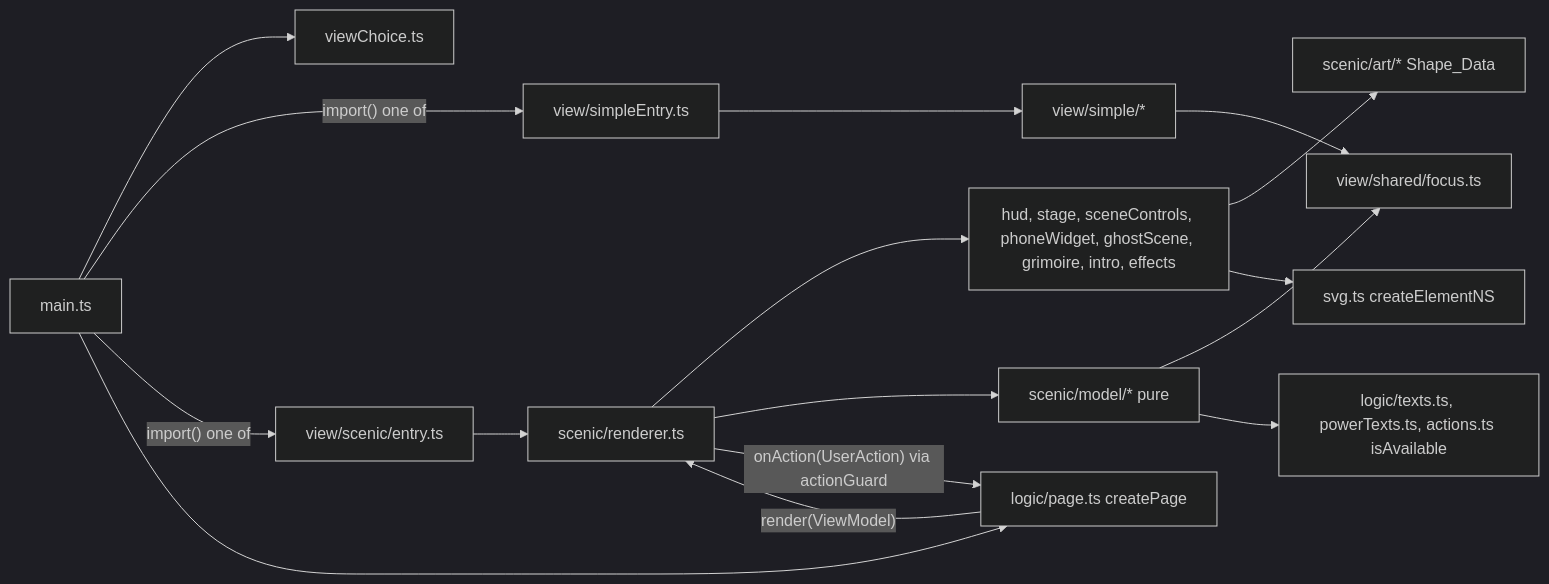
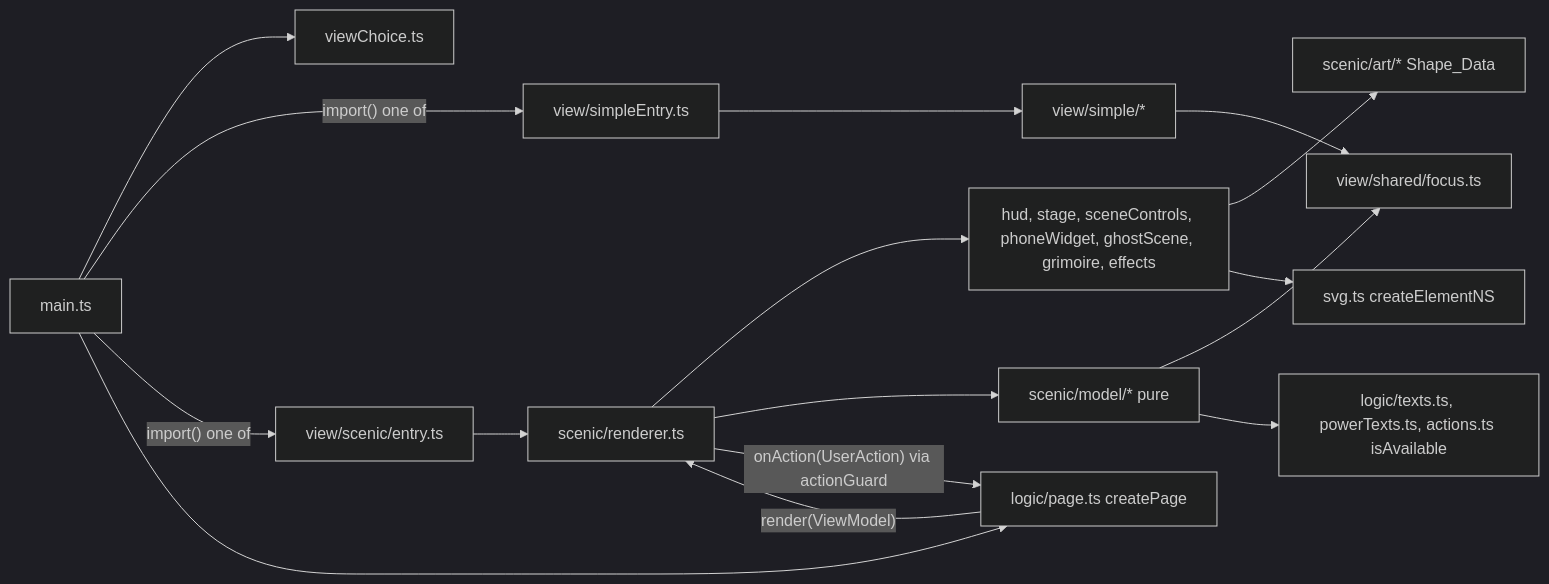
Before and after one commit to devcaos/haunted-repo: the first of 3 diagrams in .kiro/specs/scenic-web/design.md, drawn with Mermaid (dark theme). The commit also changed other lines of this file, not shown here.

Commit message:
docs: align the scenic-web design with the scene illustration

````diff
--- a/.kiro/specs/scenic-web/design.md
+++ b/.kiro/specs/scenic-web/design.md
@@ -103,18 +103,18 @@
 ```mermaid
 flowchart LR
   Main[main.ts] --> VC[viewChoice.ts]
   Main -->|"import() one of"| SE[view/simpleEntry.ts]
   Main -->|"import() one of"| CE[view/scenic/entry.ts]
   Main --> Page[logic/page.ts createPage]
   SE --> Simple[view/simple/*]
   Simple --> Shared[view/shared/focus.ts]
   CE --> R[scenic/renderer.ts]
-  R --> DOM[hud, stage, sceneControls, phoneWidget, ghostScene, grimoire, intro, effects]
+  R --> DOM[hud, stage, sceneControls, phoneWidget, ghostScene, grimoire, effects]
   R --> M[scenic/model/* pure]
   M --> Shared
   DOM --> Art[scenic/art/* Shape_Data]
   DOM --> SVG[svg.ts createElementNS]
   M --> Texts[logic/texts.ts, powerTexts.ts, actions.ts isAvailable]
   Page -->|"render(ViewModel)"| R
   R -->|"onAction(UserAction) via actionGuard"| Page
 ```
````
